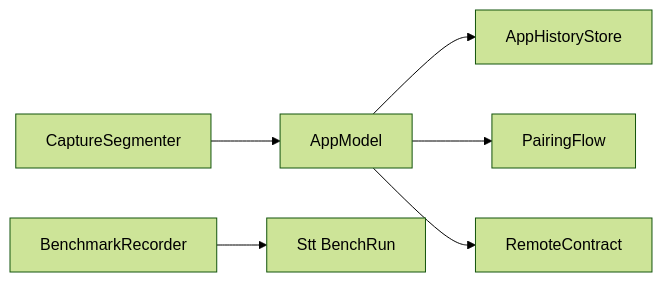
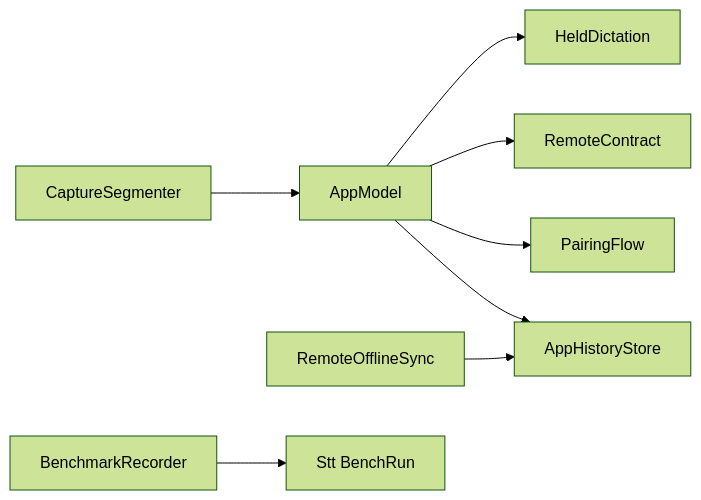
The diagram in SW/ios/Packages/AppModel/Sources/README.md (Harwasch/voiceremote), drawn with Mermaid (forest theme) before and after one commit. The commit also changed other lines of this file and 62 other files, not shown here.

Commit message:
SW: iPhone relay pairing, cloud access, held text and remote sync

````diff
--- a/SW/ios/Packages/AppModel/Sources/README.md
+++ b/SW/ios/Packages/AppModel/Sources/README.md
@@ -1,6 +1,7 @@
 ```mermaid
 flowchart LR
   CaptureSegmenter --> AppModel --> AppHistoryStore
-  AppModel --> PairingFlow & RemoteContract
+  AppModel --> PairingFlow & RemoteContract & HeldDictation
+  RemoteOfflineSync --> AppHistoryStore
   BenchmarkRecorder --> BenchRun[Stt BenchRun]
 ```
````
